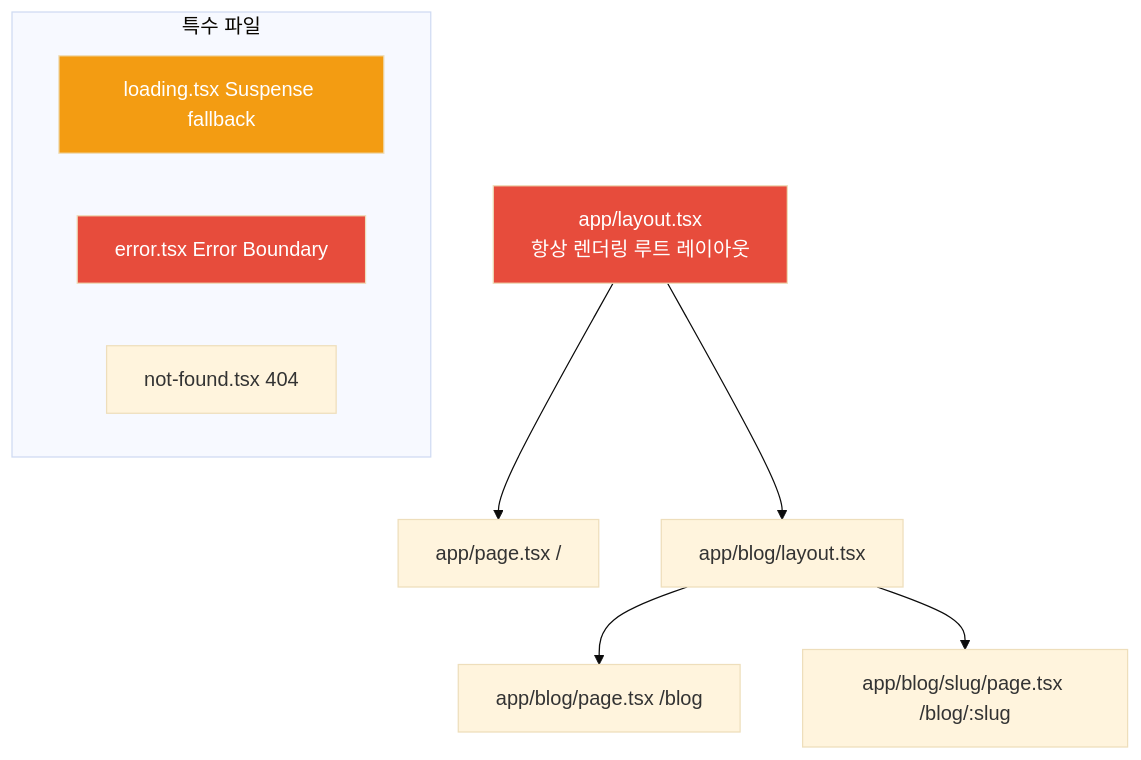
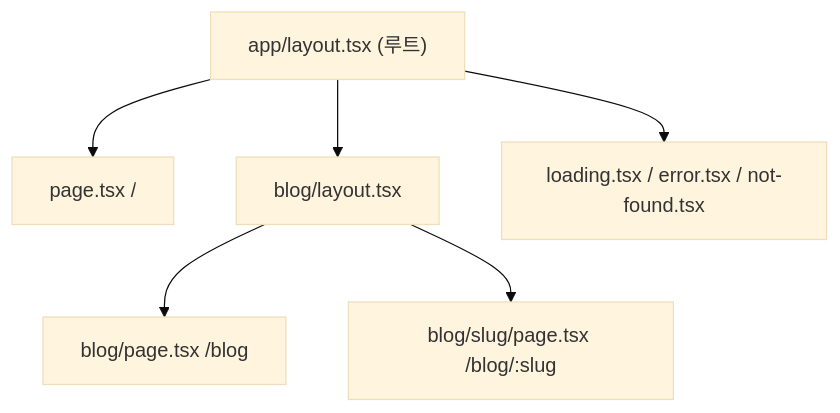
The fourth of 6 diagrams in _posts/frontend/2026-05-02-nextjs-fundamentals.md (yjkim2015/yjkim2015.github.io), drawn with Mermaid (base theme) before and after one commit. The commit also changed other lines of this file and 215 other files, not shown here.

First line of the commit message:
신규 포스트 10개 추가 + Mermaid 전면 축소 + SystemDesign 시리즈 보강

````diff
--- a/_posts/frontend/2026-05-02-nextjs-fundamentals.md
+++ b/_posts/frontend/2026-05-02-nextjs-fundamentals.md
@@ -214,18 +166,7 @@
 ```mermaid
 graph TD
-    ROOT["app/layout.tsx<br>항상 렌더링 루트 레이아웃"]
-    ROOT --> HOME["app/page.tsx /"]
-    ROOT --> BLOG["app/blog/layout.tsx"]
-    BLOG --> BLOG_PAGE["app/blog/page.tsx /blog"]
-    BLOG --> BLOG_DETAIL["app/blog/slug/page.tsx /blog/:slug"]
-
-    subgraph "특수 파일"
-        LOADING["loading.tsx Suspense fallback"]
-        ERROR["error.tsx Error Boundary"]
-        NOT_FOUND["not-found.tsx 404"]
-    end
-
-    style ROOT fill:#e74c3c,color:#fff
-    style LOADING fill:#f39c12,color:#fff
-    style ERROR fill:#e74c3c,color:#fff
+    ROOT["app/layout.tsx (루트)"] --> HOME["page.tsx /"]
+    ROOT --> BLOG["blog/layout.tsx"]
+    BLOG --> BP["blog/page.tsx /blog"] & BD["blog/slug/page.tsx /blog/:slug"]
+    ROOT --> SP["loading.tsx / error.tsx / not-found.tsx"]
 ```
````
